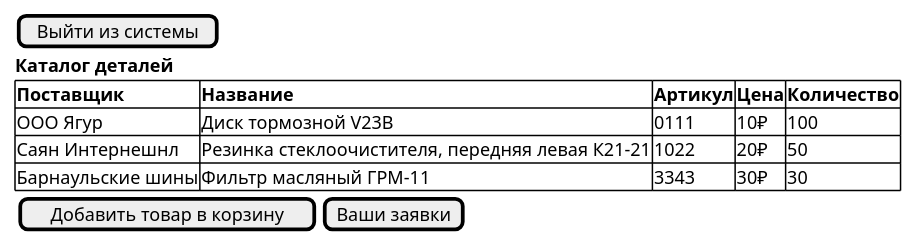
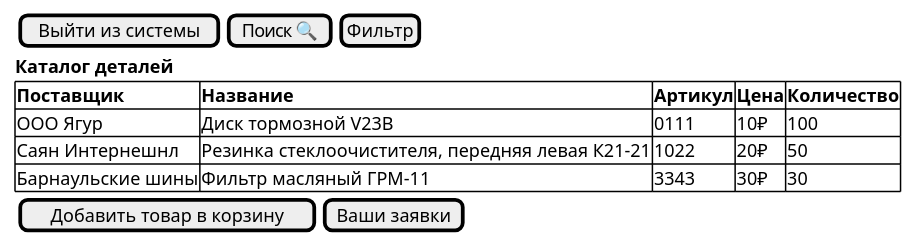
Before and after one commit to BombasticFantastik/PIS_Course_work: the diagram in uml-диаграммы/окно_просмотра_товаров.puml, drawn with PlantUML. The commit also changed 8 other files, not shown here.

Commit message:
поправил диаграммы

```diff
--- a/uml-диаграммы/окно_просмотра_товаров.puml
+++ b/uml-диаграммы/окно_просмотра_товаров.puml
@@ -1,15 +1,17 @@
 @startsalt Список товаров
 {
-    [Выйти из системы]
+    {
+        [Выйти из системы]|[Поиск 🔍]|[Фильтр]
+    }
     <b>Каталог деталей
     {# <b>Поставщик | <b>Название | <b>Артикул| <b>Цена| <b>Количество
     ООО Ягур | Диск тормозной V23B  | 0111  | 10₽ | 100 
     Саян Интернешнл  |  Резинка стеклоочистителя, передняя левая К21-21 | 1022 | 20₽ | 50  
     Барнаульские шины | Фильтр масляный ГРМ-11 | 3343 | 30₽ | 30
     }
     {
         [Добавить товар в корзину]| [Ваши заявки]
     }
     
 }
 @endsalt
```
